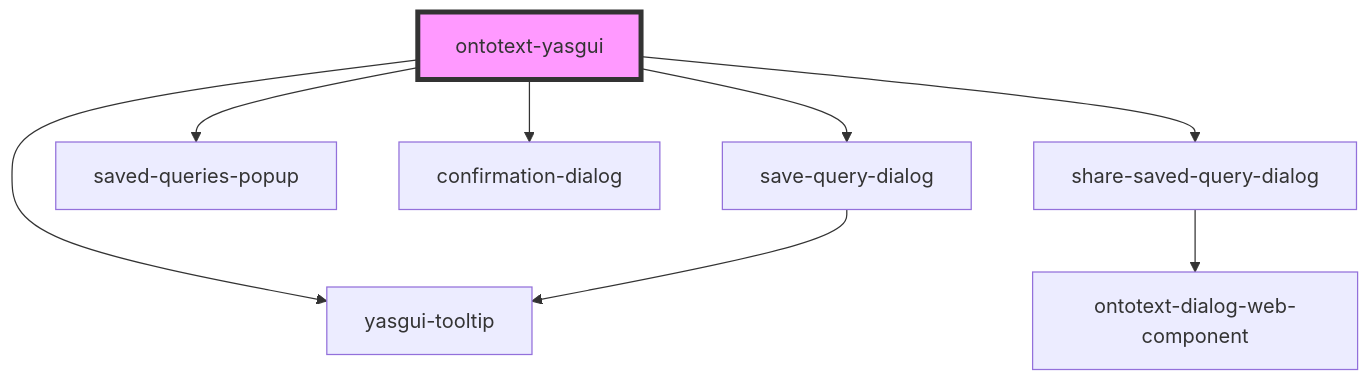
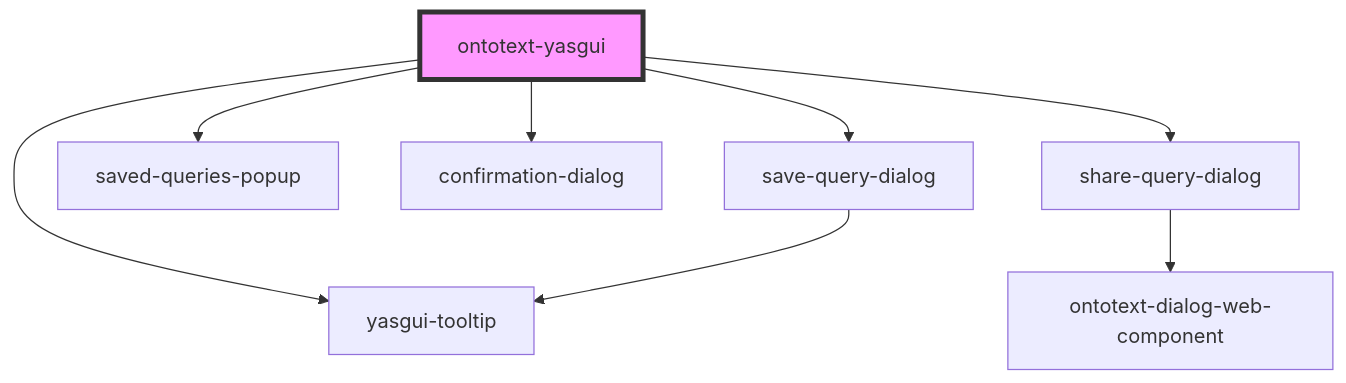
The diagram in ontotext-yasgui-web-component/src/components/ontotext-yasgui-web-component/readme.md (Ontotext-AD/ontotext-yasgui), drawn with Mermaid before and after one commit. The commit also changed other lines of this file and 23 other files, not shown here.

First line of the commit message:
GDB-7845 Introduce share current query action

````diff
--- a/ontotext-yasgui-web-component/src/components/ontotext-yasgui-web-component/readme.md
+++ b/ontotext-yasgui-web-component/src/components/ontotext-yasgui-web-component/readme.md
@@ -89,11 +90,11 @@
 ```mermaid
 graph TD;
   ontotext-yasgui --> yasgui-tooltip
   ontotext-yasgui --> save-query-dialog
   ontotext-yasgui --> saved-queries-popup
   ontotext-yasgui --> confirmation-dialog
-  ontotext-yasgui --> share-saved-query-dialog
+  ontotext-yasgui --> share-query-dialog
   save-query-dialog --> yasgui-tooltip
-  share-saved-query-dialog --> ontotext-dialog-web-component
+  share-query-dialog --> ontotext-dialog-web-component
   style ontotext-yasgui fill:#f9f,stroke:#333,stroke-width:4px
 ```
````
